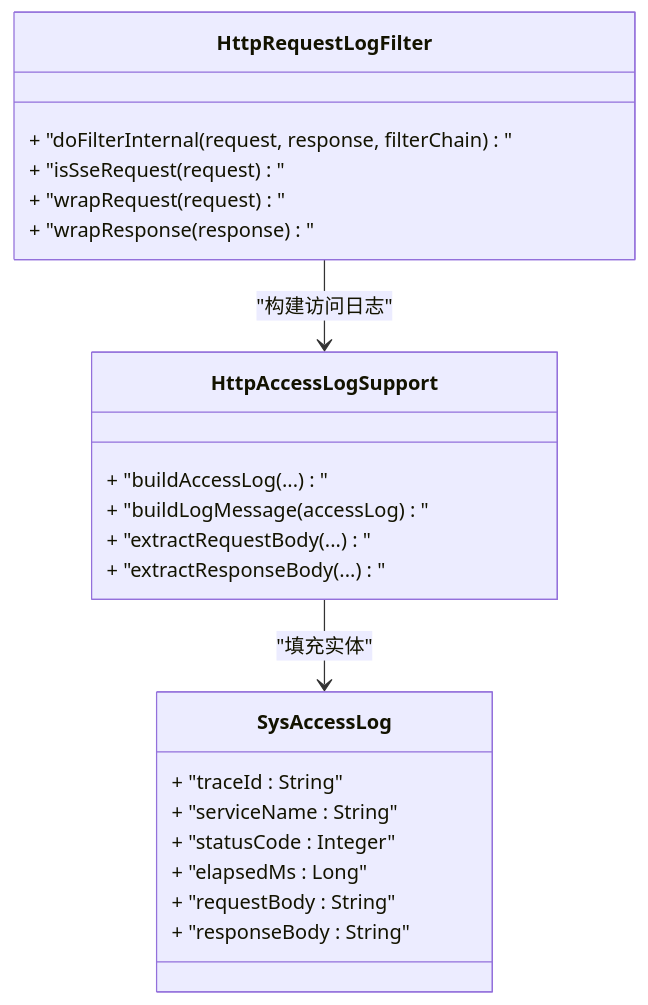
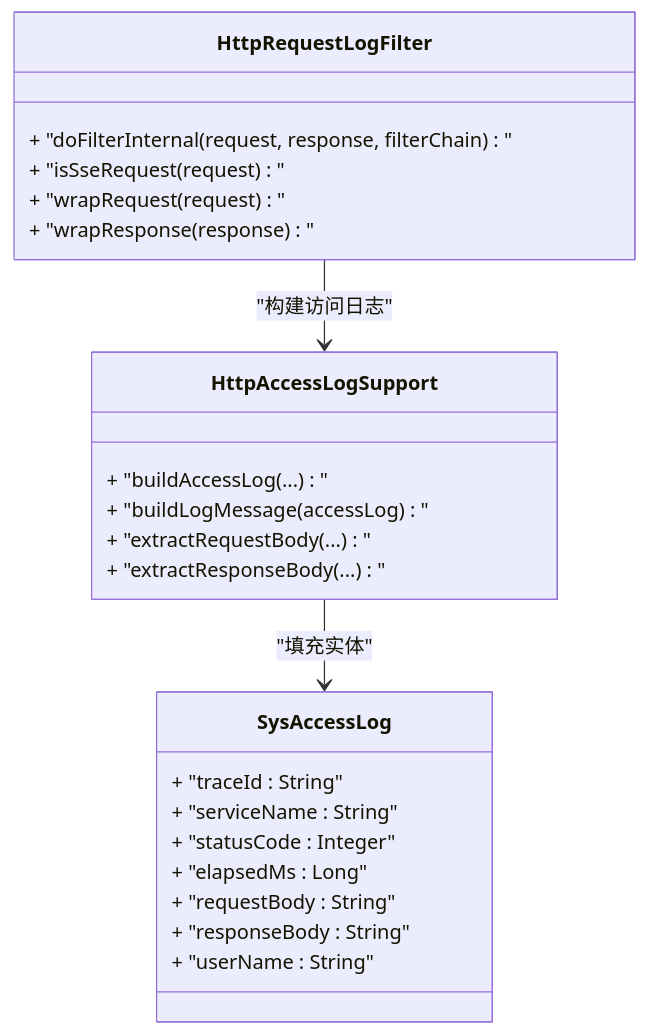
Before and after one commit to DrunkFood/First: the third of 9 diagrams in .qoder/repowiki/zh/content/后端服务/公共模块 (ele-ai-tender-common)/日志记录与链路追踪.md, drawn with Mermaid. The commit also changed other lines of this file and 93 other files, not shown here.

````diff
--- a/.qoder/repowiki/zh/content/后端服务/公共模块 (ele-ai-tender-common)/日志记录与链路追踪.md
+++ b/.qoder/repowiki/zh/content/后端服务/公共模块 (ele-ai-tender-common)/日志记录与链路追踪.md
@@ -143,25 +145,26 @@
 ```mermaid
 classDiagram
 class HttpRequestLogFilter {
 + "doFilterInternal(request, response, filterChain)"
 + "isSseRequest(request)"
 + "wrapRequest(request)"
 + "wrapResponse(response)"
 }
 class HttpAccessLogSupport {
 + "buildAccessLog(...)"
 + "buildLogMessage(accessLog)"
 + "extractRequestBody(...)"
 + "extractResponseBody(...)"
 }
 class SysAccessLog {
 + "traceId : String"
 + "serviceName : String"
 + "statusCode : Integer"
 + "elapsedMs : Long"
 + "requestBody : String"
 + "responseBody : String"
++ "userName : String"
 }
 HttpRequestLogFilter --> HttpAccessLogSupport : "构建访问日志"
 HttpAccessLogSupport --> SysAccessLog : "填充实体"
 ```
````
